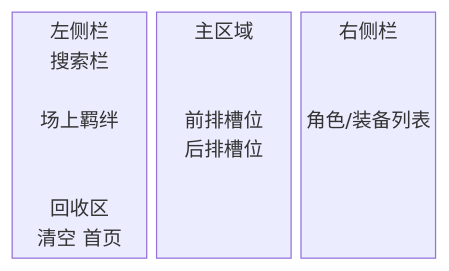
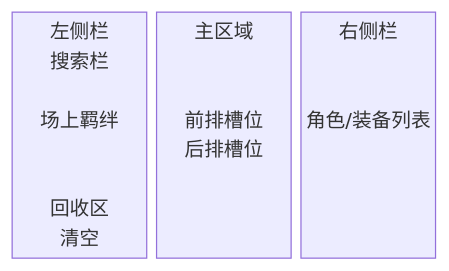
The second of 2 diagrams in README.md (PoinTSHine/HSR_CW_NetWork), drawn with Mermaid before and after one commit. The commit also changed other lines of this file and 11 other files, not shown here.

````diff
--- a/README.md
+++ b/README.md
@@ -89,7 +103,7 @@
 ```mermaid
 block-beta
   columns 3
-  left["左侧栏\n搜索栏\n\n场上羁绊\n\n\n回收区\n清空 首页"]
+  left["左侧栏\n搜索栏\n\n场上羁绊\n\n\n回收区\n清空"]
   main["主区域\n\n\n前排槽位\n后排槽位\n\n\n\n"]
   right["右侧栏\n\n\n角色/装备列表\n\n\n\n\n"]
 ```
````
